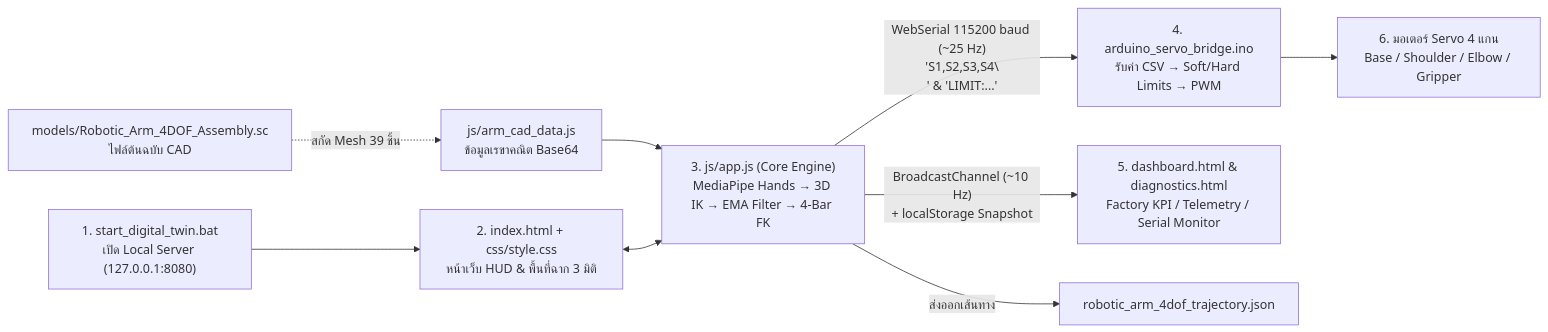
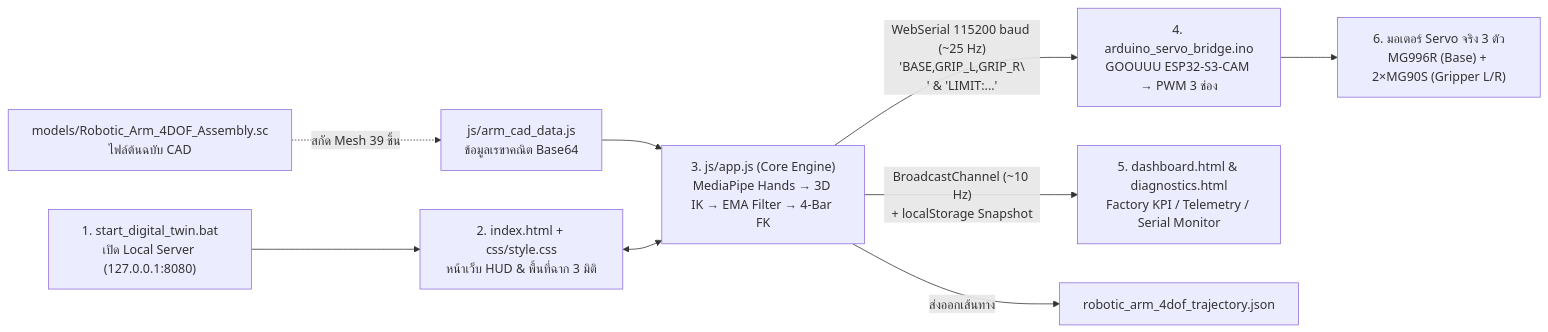
Before and after one commit to Pongsakorn-yarn/Group01_Project: the diagram in README.md, drawn with Mermaid. The commit also changed other lines of this file and 27 other files, not shown here.

Commit message:
feat: add web interface, arduino servo bridge firmware, and documentation

````diff
--- a/README.md
+++ b/README.md
@@ -12,11 +12,11 @@
 ```mermaid
 flowchart LR
     A["1. start_digital_twin.bat<br/>เปิด Local Server (127.0.0.1:8080)"] --> B["2. index.html + css/style.css<br/>หน้าเว็บ HUD & พื้นที่ฉาก 3 มิติ"]
     C["models/Robotic_Arm_4DOF_Assembly.sc<br/>ไฟล์ต้นฉบับ CAD"] -. สกัด Mesh 39 ชิ้น .-> D["js/arm_cad_data.js<br/>ข้อมูลเรขาคณิต Base64"]
     D --> E["3. js/app.js (Core Engine)<br/>MediaPipe Hands → 3D IK → EMA Filter → 4-Bar FK"]
     B <--> E
-    E -- "WebSerial 115200 baud (~25 Hz)<br/>'S1,S2,S3,S4\\n' & 'LIMIT:...'" --> F["4. arduino_servo_bridge.ino<br/>รับค่า CSV → Soft/Hard Limits → PWM"]
+    E -- "WebSerial 115200 baud (~25 Hz)<br/>'BASE,GRIP_L,GRIP_R\\n' & 'LIMIT:...'" --> F["4. arduino_servo_bridge.ino<br/>GOOUUU ESP32-S3-CAM → PWM 3 ช่อง"]
     E -- "BroadcastChannel (~10 Hz)<br/>+ localStorage Snapshot" --> I["5. dashboard.html & diagnostics.html<br/>Factory KPI / Telemetry / Serial Monitor"]
-    F --> G["6. มอเตอร์ Servo 4 แกน<br/>Base / Shoulder / Elbow / Gripper"]
+    F --> G["6. มอเตอร์ Servo จริง 3 ตัว<br/>MG996R (Base) + 2×MG90S (Gripper L/R)"]
     E -- "ส่งออกเส้นทาง" --> H["robotic_arm_4dof_trajectory.json"]
 ```
````
